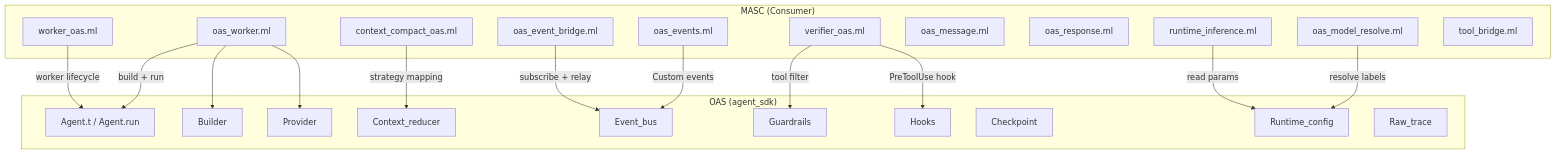
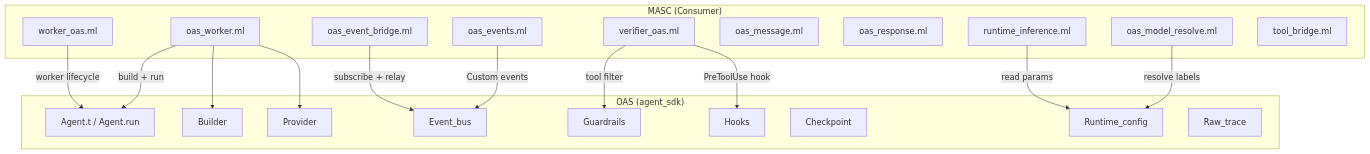
One commit to jeong-sik/masc changed the diagram in docs/spec/13-oas-integration.md. Above: the diagram before and after it, drawn with Mermaid. The commit also changed other lines of this file and 18 other files, not shown here.

````diff
--- a/docs/spec/13-oas-integration.md
+++ b/docs/spec/13-oas-integration.md
@@ -51,39 +51,36 @@
 ```mermaid
 graph TB
   subgraph "MASC (Consumer)"
     OW[oas_worker.ml]
     WO[worker_oas.ml]
     VO[verifier_oas.ml]
-    CC[context_compact_oas.ml]
     OE[oas_events.ml]
     OSB[oas_event_bridge.ml]
     OM[oas_message.ml]
     OR[oas_response.ml]
     OMR[oas_model_resolve.ml]
     CI[runtime_inference.ml]
     TB[tool_bridge.ml]
   end
   subgraph "OAS (agent_sdk)"
     AG[Agent.t / Agent.run]
     BU[Builder]
     PR[Provider]
-    CR[Context_reducer]
     EB[Event_bus]
     GR[Guardrails]
     HK[Hooks]
     CK[Checkpoint]
     CC2[Runtime_config]
     RT[Raw_trace]
   end
   OW -->|"build + run"| AG
   OW --> BU
   OW --> PR
   WO -->|"worker lifecycle"| AG
   VO -->|"PreToolUse hook"| HK
   VO -->|"tool filter"| GR
-  CC -->|"strategy mapping"| CR
   OE -->|"Custom events"| EB
   OSB -->|"subscribe + relay"| EB
   OMR -->|"resolve labels"| CC2
   CI -->|"read params"| CC2
 ```
````
